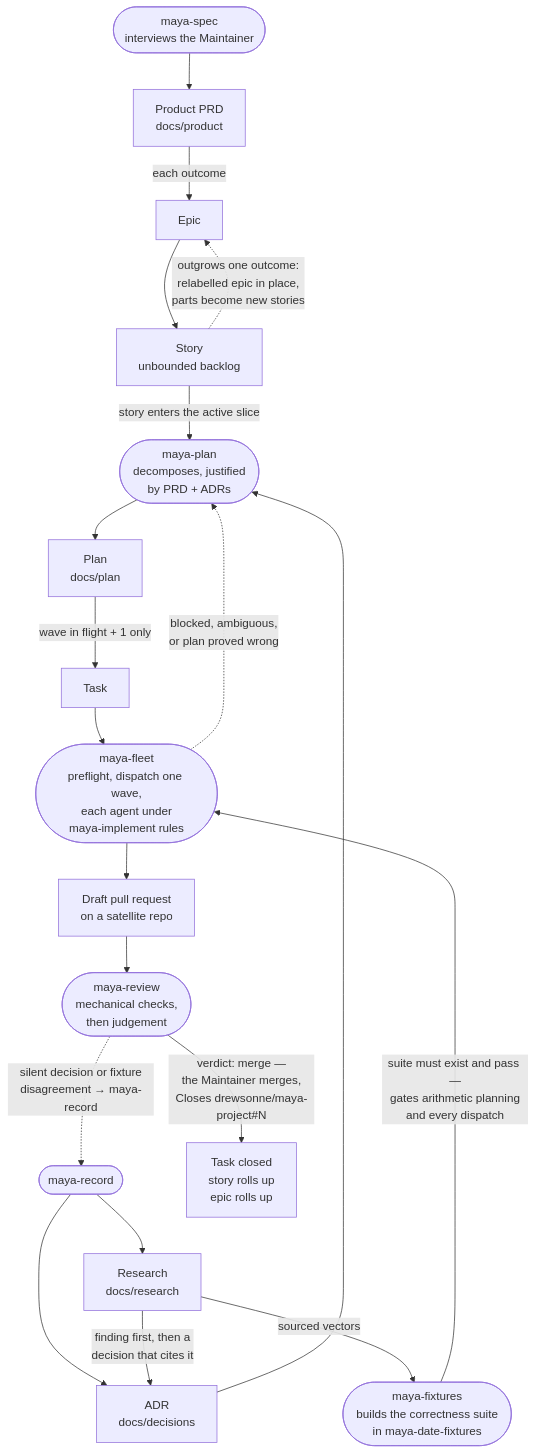
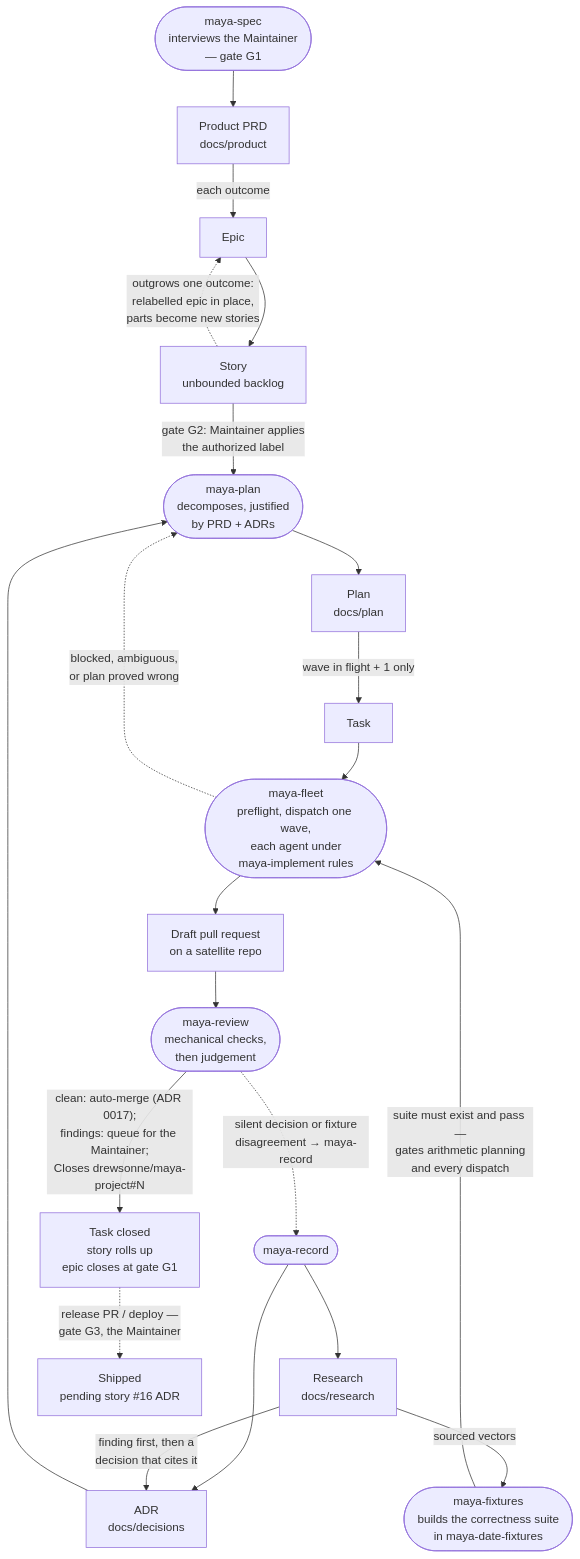
One commit to drewsonne/maya-project changed the diagram in README.md. Above: the diagram before and after it, drawn with Mermaid. The commit also changed other lines of this file and 4 other files, not shown here.

````diff
--- a/README.md
+++ b/README.md
@@ -37,22 +37,23 @@
 ```mermaid
 flowchart TD
-    SPEC([maya-spec<br/>interviews the Maintainer]) --> P[Product PRD<br/>docs/product]
+    SPEC([maya-spec<br/>interviews the Maintainer<br/>— gate G1]) --> P[Product PRD<br/>docs/product]
     REC([maya-record]) --> R[Research<br/>docs/research]
     REC --> A[ADR<br/>docs/decisions]
     R -->|"finding first, then a<br/>decision that cites it"| A
     P -->|each outcome| E[Epic]
     E --> ST[Story<br/>unbounded backlog]
-    ST -->|story enters the active slice| PLAN([maya-plan<br/>decomposes, justified<br/>by PRD + ADRs])
+    ST -->|"gate G2: Maintainer applies<br/>the authorized label"| PLAN([maya-plan<br/>decomposes, justified<br/>by PRD + ADRs])
     A --> PLAN
     PLAN --> PL[Plan<br/>docs/plan]
     PL -->|"wave in flight + 1 only"| T[Task]
     R -->|sourced vectors| FIX([maya-fixtures<br/>builds the correctness suite<br/>in maya-date-fixtures])
     FIX -->|"suite must exist and pass —<br/>gates arithmetic planning<br/>and every dispatch"| FLEET
     T --> FLEET([maya-fleet<br/>preflight, dispatch one wave,<br/>each agent under<br/>maya-implement rules])
     FLEET --> PR[Draft pull request<br/>on a satellite repo]
     PR --> REV([maya-review<br/>mechanical checks,<br/>then judgement])
-    REV -->|"verdict: merge —<br/>the Maintainer merges,<br/>Closes drewsonne/maya-project#N"| DONE[Task closed<br/>story rolls up<br/>epic rolls up]
+    REV -->|"clean: auto-merge (ADR 0017);<br/>findings: queue for the Maintainer;<br/>Closes drewsonne/maya-project#N"| DONE[Task closed<br/>story rolls up<br/>epic closes at gate G1]
+    DONE -.->|"release PR / deploy —<br/>gate G3, the Maintainer"| SHIP[Shipped<br/>pending story #16 ADR]
     ST -.->|"outgrows one outcome:<br/>relabelled epic in place,<br/>parts become new stories"| E
     REV -.->|"silent decision or fixture<br/>disagreement → maya-record"| REC
     FLEET -.->|"blocked, ambiguous,<br/>or plan proved wrong"| PLAN
 ```
````
